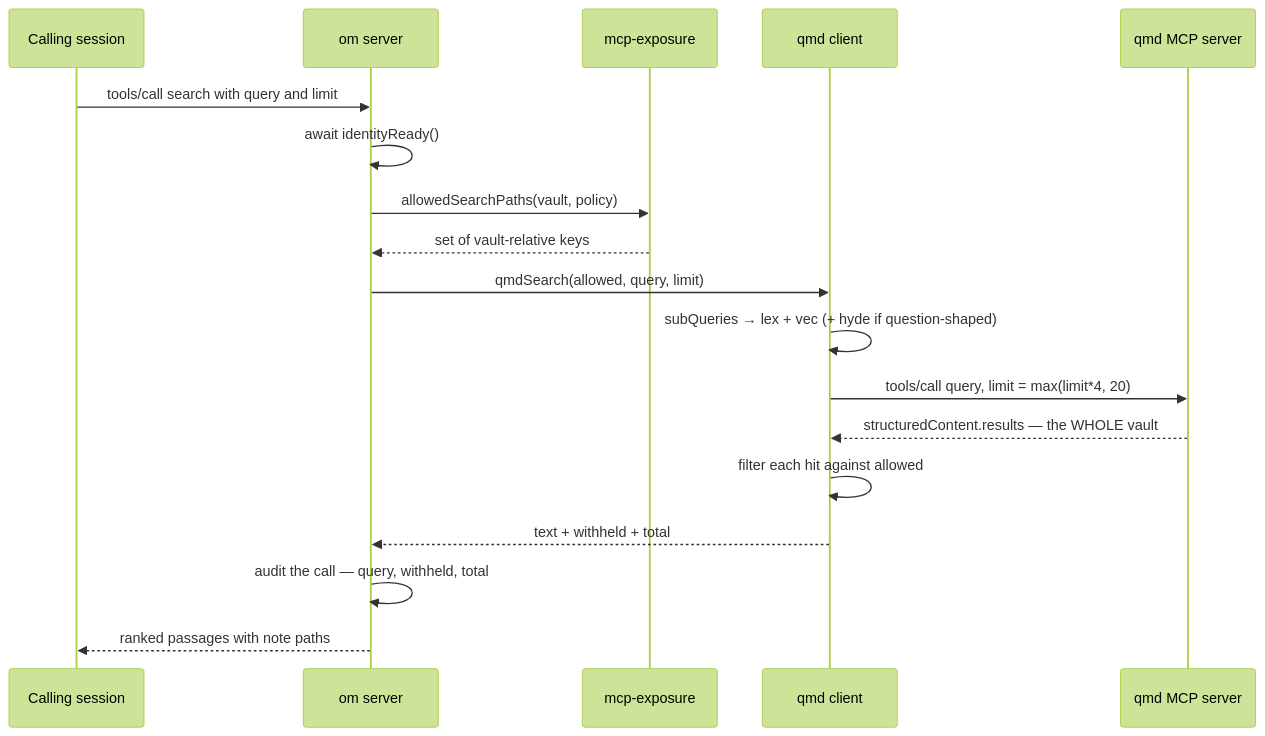
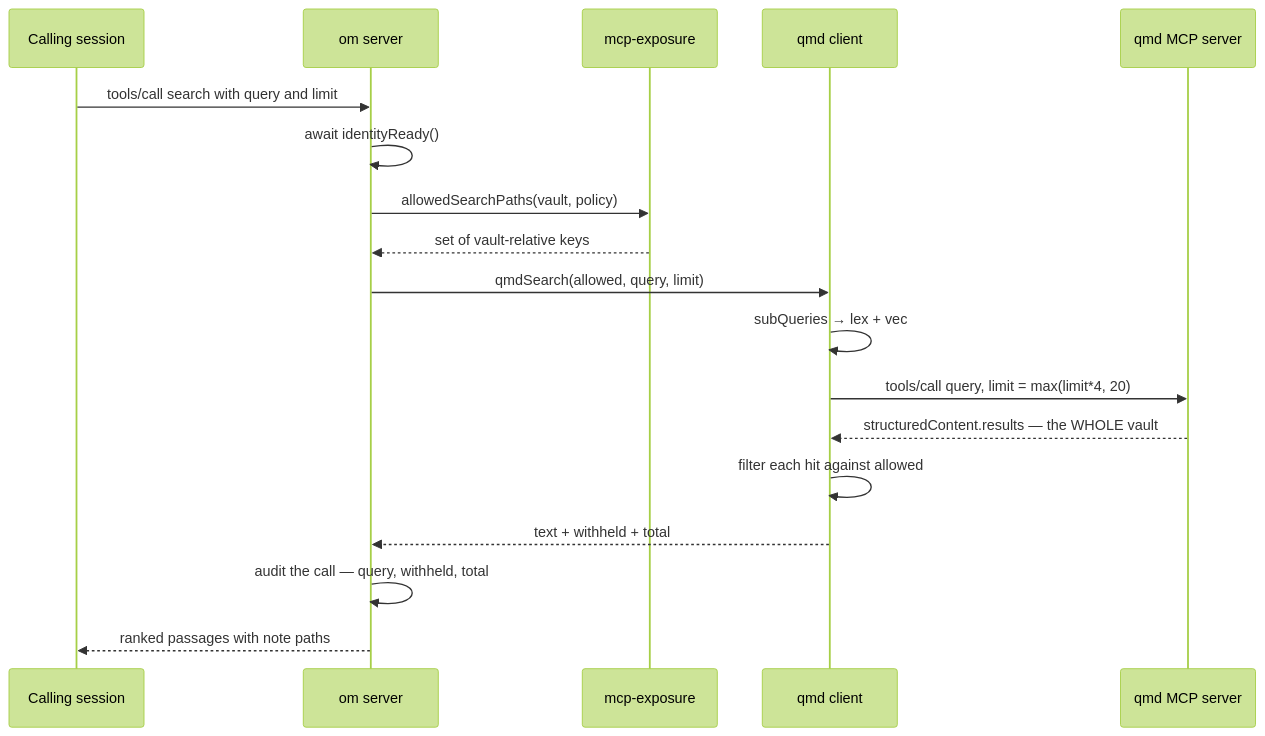
Before and after one commit to toppers/obsidian-mind-yk: diagram 11 of 21 in .shardmind/templates/ARCHITECTURE.md, drawn with Mermaid (forest theme). The commit also changed other lines of this file and 262 other files, not shown here.

````diff
--- a/.shardmind/templates/ARCHITECTURE.md
+++ b/.shardmind/templates/ARCHITECTURE.md
@@ -568,21 +572,21 @@
 ```mermaid
 sequenceDiagram
     participant Session as Calling session
     participant OM as om server
     participant Exp as mcp-exposure
     participant QC as qmd client
     participant QMD as qmd MCP server
 
     Session->>OM: tools/call search with query and limit
     OM->>OM: await identityReady()
     OM->>Exp: allowedSearchPaths(vault, policy)
     Exp-->>OM: set of vault-relative keys
     OM->>QC: qmdSearch(allowed, query, limit)
-    QC->>QC: subQueries → lex + vec (+ hyde if question-shaped)
+    QC->>QC: subQueries → lex + vec
     QC->>QMD: tools/call query, limit = max(limit*4, 20)
     QMD-->>QC: structuredContent.results — the WHOLE vault
     QC->>QC: filter each hit against allowed
     QC-->>OM: text + withheld + total
     OM->>OM: audit the call — query, withheld, total
     OM-->>Session: ranked passages with note paths
 ```
````
